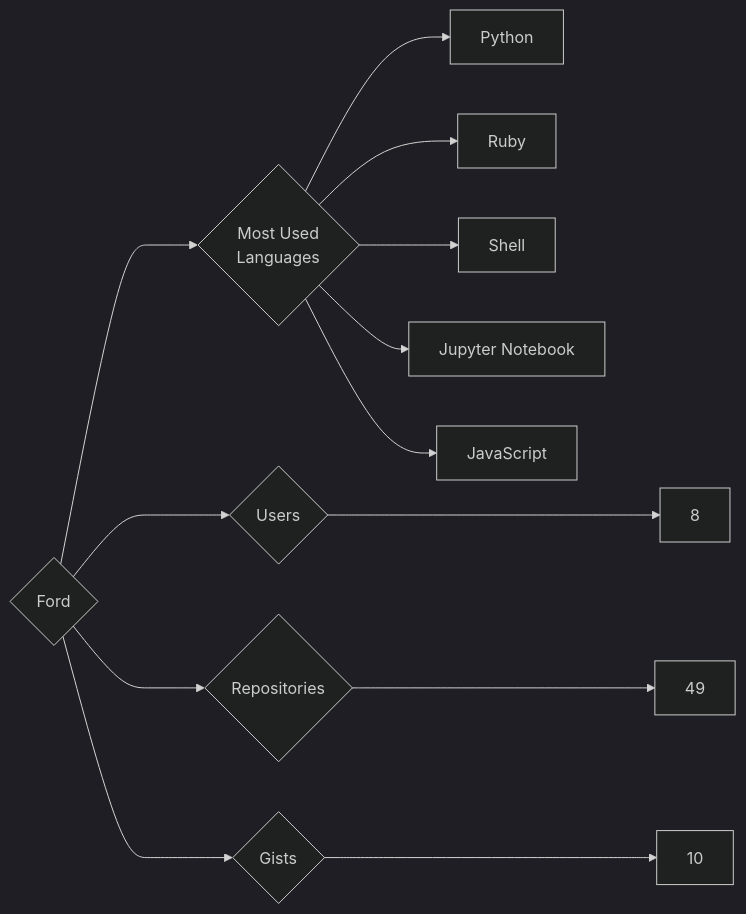
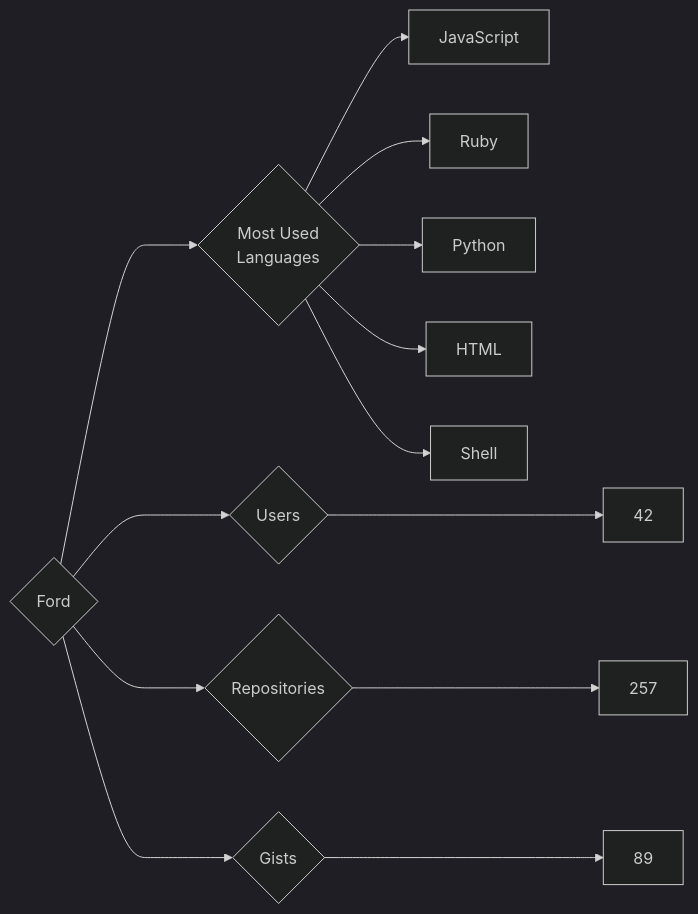
The diagram in targets/Ford/README.md (trickest/insiders), drawn with Mermaid (dark theme) before and after one commit. The commit also changed 786 other files, not shown here.

````diff
--- a/targets/Ford/README.md
+++ b/targets/Ford/README.md
@@ -3,13 +3,13 @@
 ```mermaid
 graph LR
 COMPANY_NAME{Ford}
-COMPANY_NAME ---> U{Users} ---> UN[8]
-COMPANY_NAME ---> R{Repositories} ---> RN[49]
-COMPANY_NAME ---> G{Gists} ---> GN[10]
+COMPANY_NAME ---> U{Users} ---> UN[42]
+COMPANY_NAME ---> R{Repositories} ---> RN[257]
+COMPANY_NAME ---> G{Gists} ---> GN[89]
 COMPANY_NAME ---> ML{Most Used<br>Languages}
+ML --> JavaScript[JavaScript]
+ML --> Ruby[Ruby]
 ML --> Python[Python]
-ML --> Ruby[Ruby]
+ML --> HTML[HTML]
 ML --> Shell[Shell]
-ML --> Jupyter_Notebook[Jupyter Notebook]
-ML --> JavaScript[JavaScript]
 ```
````
